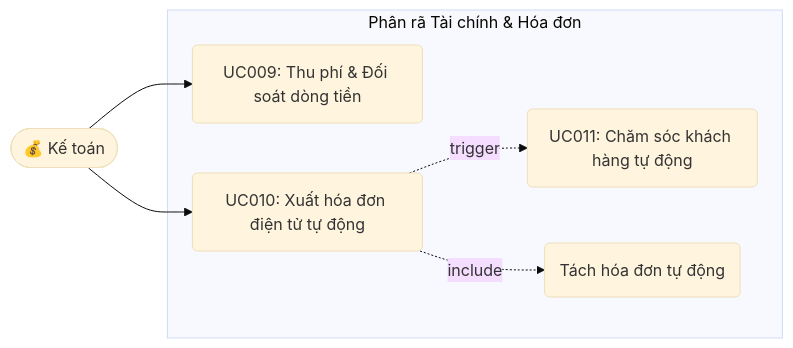
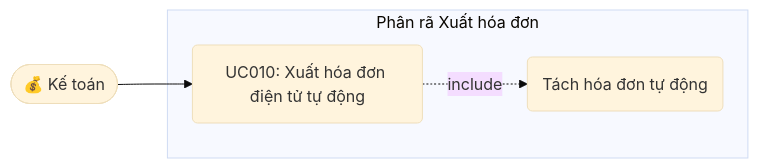
Before and after one commit to MinhHoang22/SRS_VPCC: the fourth of 5 diagrams in docs/SRS_VPCC.md, drawn with Mermaid (base theme). The commit also changed other lines of this file, not shown here.

````diff
--- a/docs/SRS_VPCC.md
+++ b/docs/SRS_VPCC.md
@@ -267,18 +277,14 @@
 ```mermaid
 flowchart LR
     Acc(["💰 Kế toán"])
 
-    subgraph Billing_Decomposed ["Phân rã Tài chính & Hóa đơn"]
-        UC009("UC009: Thu phí & Đối soát dòng tiền")
+    subgraph Billing_Decomposed ["Phân rã Xuất hóa đơn"]
         UC010("UC010: Xuất hóa đơn điện tử tự động")
-        UC011("UC011: Chăm sóc khách hàng tự động")
         
         UC_Split("Tách hóa đơn tự động")
     end
 
-    Acc --> UC009
     Acc --> UC010
     
     UC010 -.->|include| UC_Split
-    UC010 -.->|trigger| UC011
 ```
````
